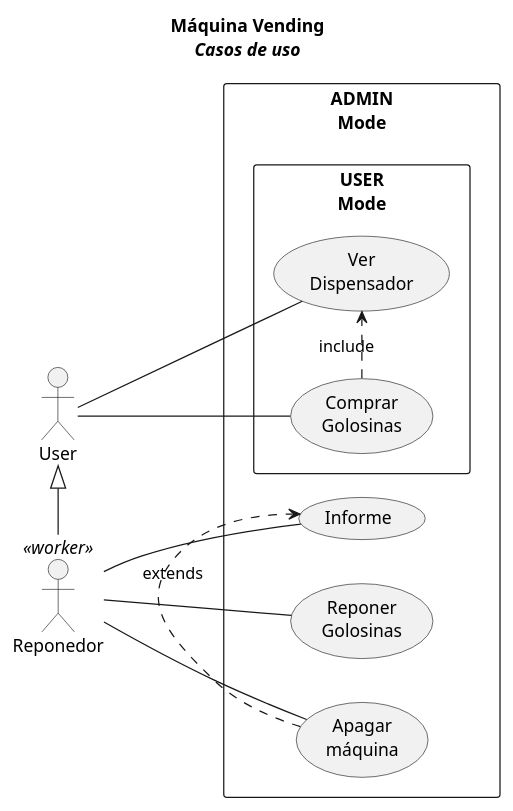
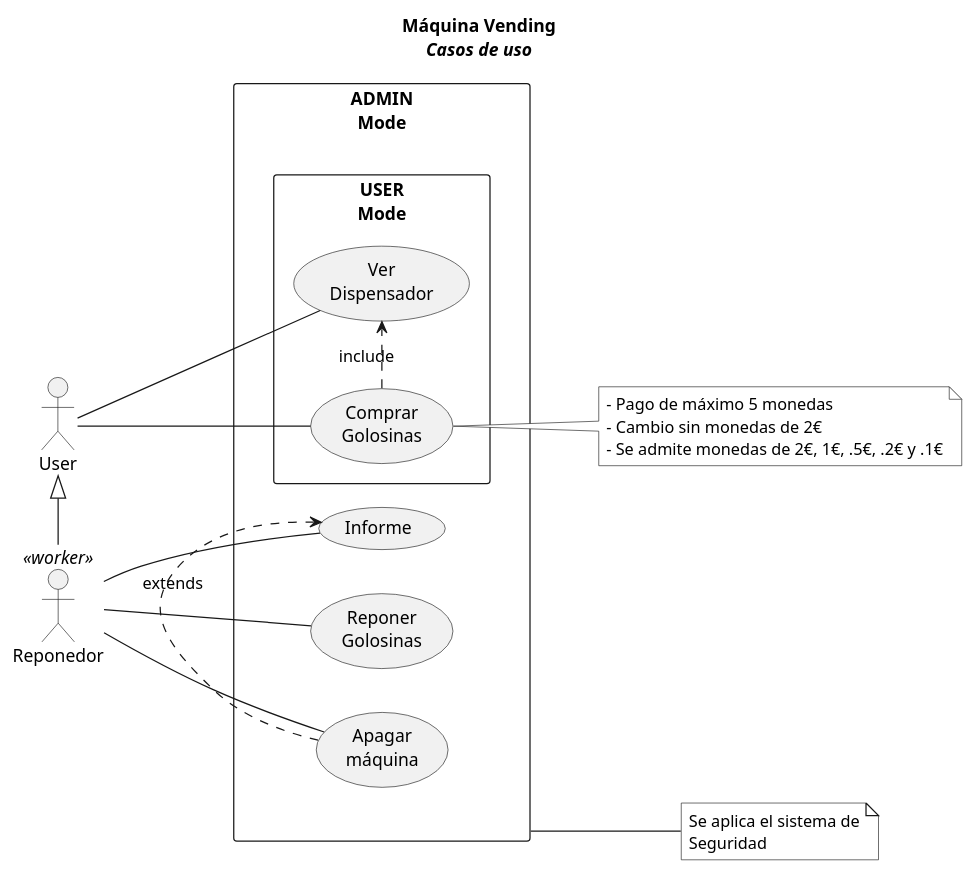
Before and after one commit to srlopez/RUP: the fourth of 5 diagrams in ejemplos/maquina_vending.md, drawn with PlantUML.

````diff
--- a/ejemplos/maquina_vending.md
+++ b/ejemplos/maquina_vending.md
@@ -165,26 +165,33 @@
 ```plantuml
 @startuml
 title == Máquina Vending ==\n<i>Casos de uso</i>
 left to right direction
 :User: as cli
 :Reponedor: as repo <<worker>>
-rectangle ADMIN\nMode {
+rectangle ADMIN\nMode as admin {
   (Reponer\nGolosinas) as reponer
   (Informe) as infor
   (Apagar\nmáquina) as off
   rectangle USER\nMode {
     (Ver\nDispensador) as ver
     (Comprar\nGolosinas) as vender
   }
 }
+note "- Pago de máximo 5 monedas\n- Cambio sin monedas de 2€\n- Se admite monedas de 2€, 1€, .5€, .2€ y .1€"  as N1  #white
+note "Se aplica el sistema de\nSeguridad"  as N2  #white
+
 repo -l-|> cli
 cli -- vender
 cli -- ver
 repo -- reponer
 repo -- off
 repo -- infor
 
+admin -- N2
+vender -- N1
+
+
 vender .r.> ver: include
 off .r.> infor: extends
 @enduml
 ```
````
